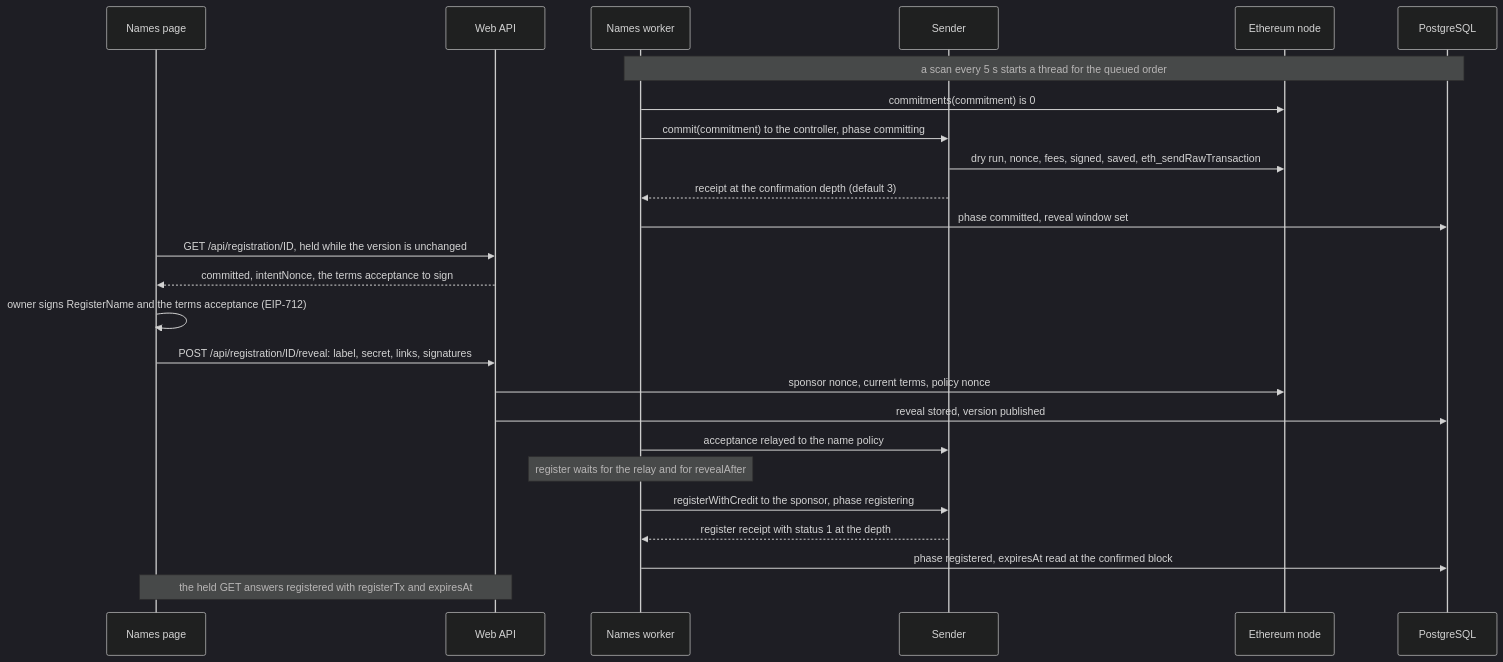
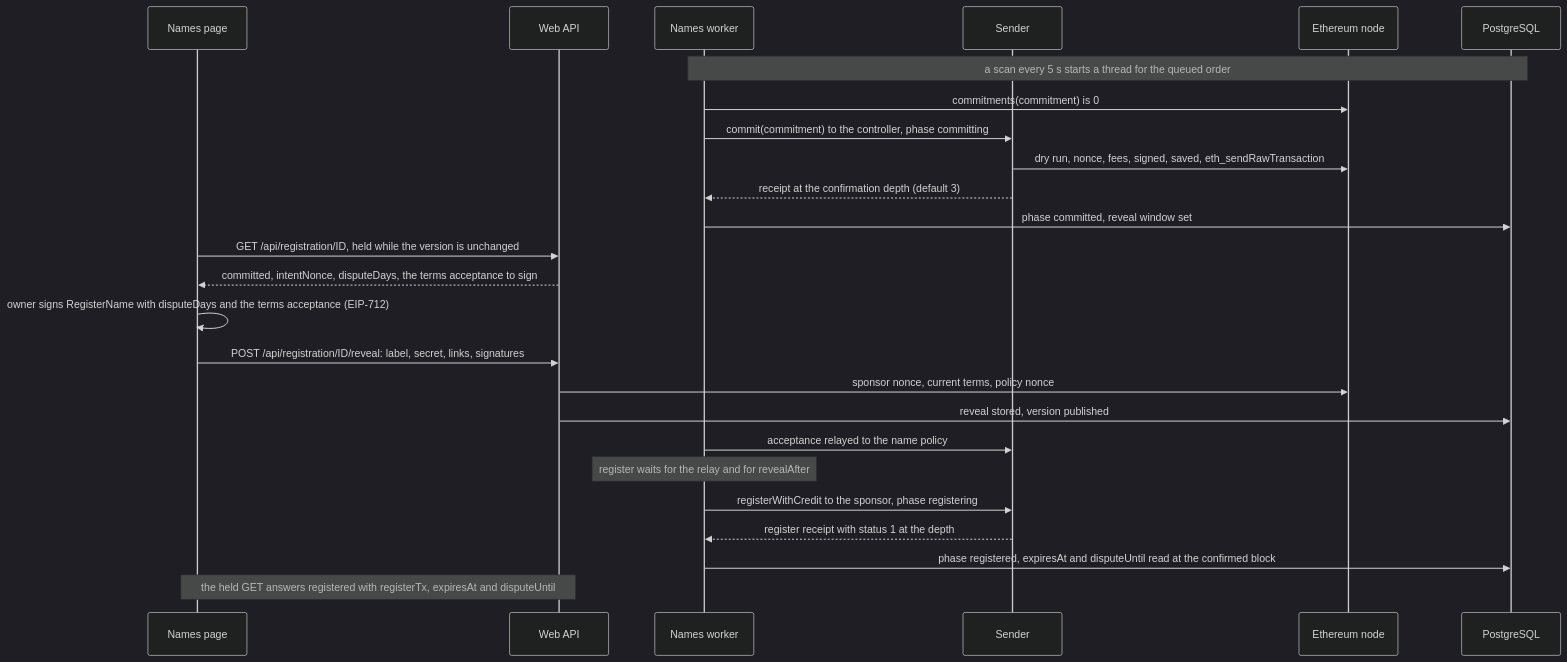
One commit to simplex-chat/simplex-chat changed the third of 14 diagrams in apps/simplex-store-service/docs/names.md. Above: the diagram before and after it, drawn with Mermaid (dark theme). The commit also changed 1 other file, not shown here.

Commit message:
store: document the dispute days of name orders

````diff
--- a/apps/simplex-store-service/docs/names.md
+++ b/apps/simplex-store-service/docs/names.md
@@ -204,27 +204,27 @@
 ```mermaid
 sequenceDiagram
   participant P as Names page
   participant W as Web API
   participant K as Names worker
   participant S as Sender
   participant E as Ethereum node
   participant D as PostgreSQL
   Note over K,D: a scan every 5 s starts a thread for the queued order
   K->>E: commitments(commitment) is 0
   K->>S: commit(commitment) to the controller, phase committing
   S->>E: dry run, nonce, fees, signed, saved, eth_sendRawTransaction
   S-->>K: receipt at the confirmation depth (default 3)
   K->>D: phase committed, reveal window set
   P->>W: GET /api/registration/ID, held while the version is unchanged
-  W-->>P: committed, intentNonce, the terms acceptance to sign
-  P->>P: owner signs RegisterName and the terms acceptance (EIP-712)
+  W-->>P: committed, intentNonce, disputeDays, the terms acceptance to sign
+  P->>P: owner signs RegisterName with disputeDays and the terms acceptance (EIP-712)
   P->>W: POST /api/registration/ID/reveal: label, secret, links, signatures
   W->>E: sponsor nonce, current terms, policy nonce
   W->>D: reveal stored, version published
   K->>S: acceptance relayed to the name policy
   Note over K: register waits for the relay and for revealAfter
   K->>S: registerWithCredit to the sponsor, phase registering
   S-->>K: register receipt with status 1 at the depth
-  K->>D: phase registered, expiresAt read at the confirmed block
-  Note over P,W: the held GET answers registered with registerTx and expiresAt
+  K->>D: phase registered, expiresAt and disputeUntil read at the confirmed block
+  Note over P,W: the held GET answers registered with registerTx, expiresAt and disputeUntil
 ```
````
